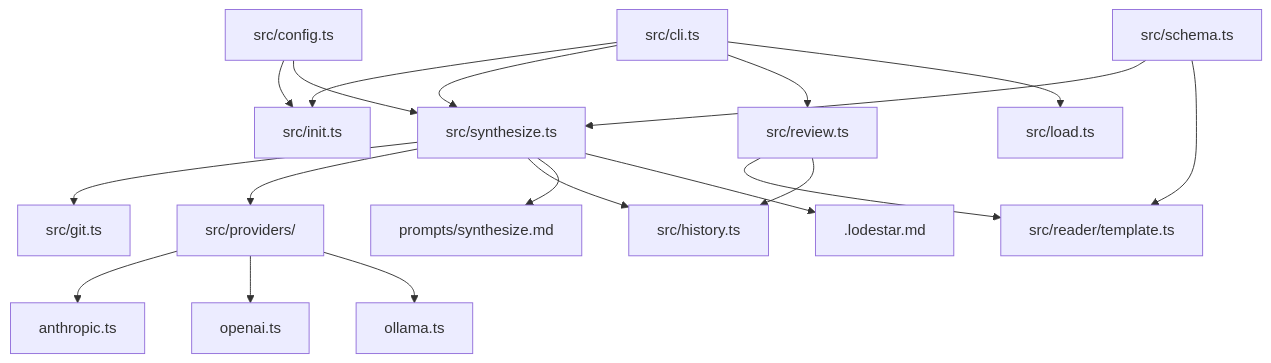
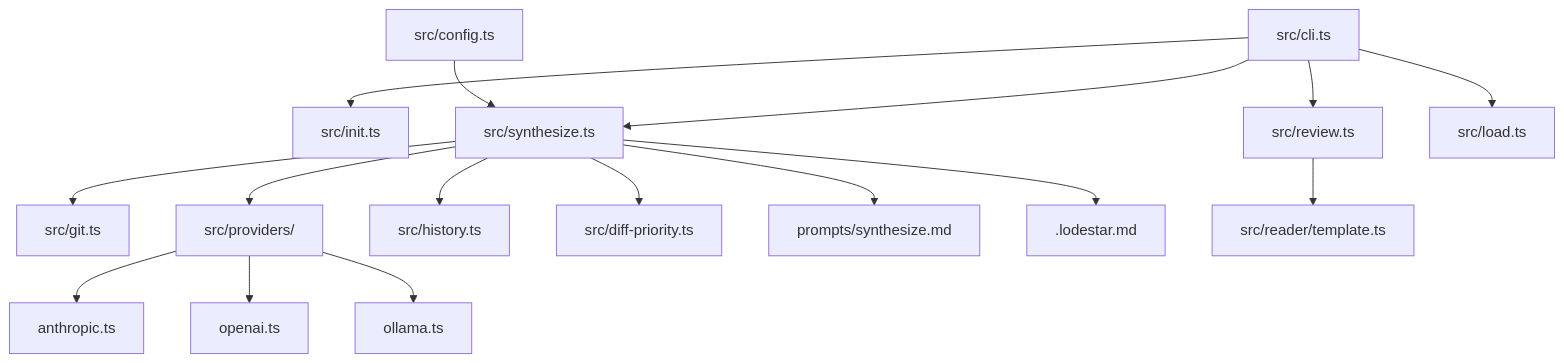
The diagram in .lodestar.md (Kgard/LodeStar), drawn with Mermaid before and after one commit. The commit also changed other lines of this file and 2 other files, not shown here.

First line of the commit message:
feat: priority-based diff truncation — architecture files first

````diff
--- a/.lodestar.md
+++ b/.lodestar.md
@@ -39,21 +39,18 @@
 ```mermaid
 graph TD
     CLI[src/cli.ts] --> INIT[src/init.ts]
     CLI --> SYNTH[src/synthesize.ts]
     CLI --> REVIEW[src/review.ts]
     CLI --> LOAD[src/load.ts]
     SYNTH --> GIT[src/git.ts]
     SYNTH --> PROVIDERS[src/providers/]
     SYNTH --> HISTORY[src/history.ts]
+    SYNTH --> DIFFPRI[src/diff-priority.ts]
     PROVIDERS --> ANTHROPIC[anthropic.ts]
     PROVIDERS --> OPENAI[openai.ts]
     PROVIDERS --> OLLAMA[ollama.ts]
     SYNTH --> PROMPT[prompts/synthesize.md]
     SYNTH --> LODESTAR[.lodestar.md]
     REVIEW --> TEMPLATE[src/reader/template.ts]
-    REVIEW --> HISTORY
-    CONFIG[src/config.ts] --> INIT
-    CONFIG --> SYNTH
-    SCHEMA[src/schema.ts] --> SYNTH
-    SCHEMA --> TEMPLATE
+    CONFIG[src/config.ts] --> SYNTH
 ```
````
